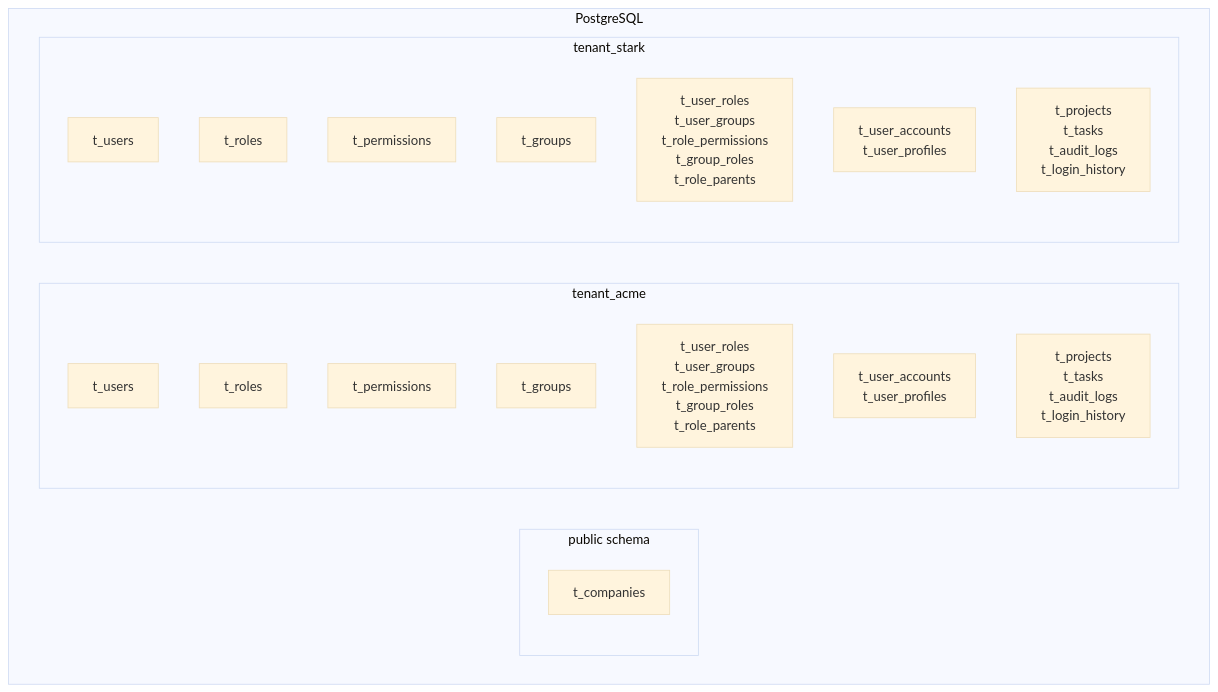
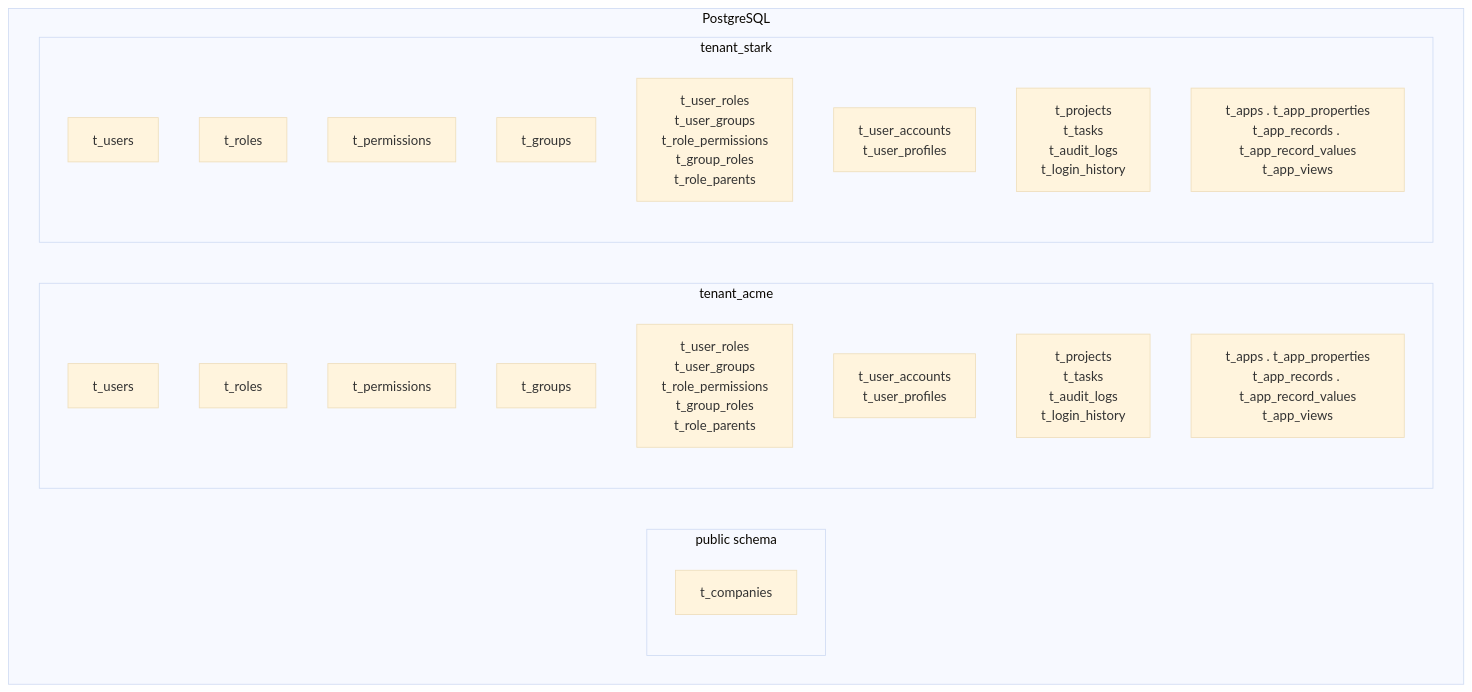
Before and after one commit to ibrhalil/forgesys: the third of 5 diagrams in docs/ARCHITECTURE.md, drawn with Mermaid (base theme). The commit also changed other lines of this file and 7 other files, not shown here.

````diff
--- a/docs/ARCHITECTURE.md
+++ b/docs/ARCHITECTURE.md
@@ -88,26 +88,28 @@
 ```mermaid
 flowchart TB
     subgraph PG[PostgreSQL]
         subgraph Public[public schema]
             TC[t_companies]
         end
         subgraph T1[tenant_acme]
             TU1[t_users]
             TR1[t_roles]
             TP1[t_permissions]
             TG1[t_groups]
             TJoin1[t_user_roles<br/>t_user_groups<br/>t_role_permissions<br/>t_group_roles<br/>t_role_parents]
             TAcc1[t_user_accounts<br/>t_user_profiles]
             TMod1[t_projects<br/>t_tasks<br/>t_audit_logs<br/>t_login_history]
+            TApps1[t_apps . t_app_properties<br/>t_app_records . t_app_record_values<br/>t_app_views]
         end
         subgraph T2[tenant_stark]
             TU2[t_users]
             TR2[t_roles]
             TP2[t_permissions]
             TG2[t_groups]
             TJoin2[t_user_roles<br/>t_user_groups<br/>t_role_permissions<br/>t_group_roles<br/>t_role_parents]
             TAcc2[t_user_accounts<br/>t_user_profiles]
             TMod2[t_projects<br/>t_tasks<br/>t_audit_logs<br/>t_login_history]
+            TApps2[t_apps . t_app_properties<br/>t_app_records . t_app_record_values<br/>t_app_views]
         end
     end
 ```
````
